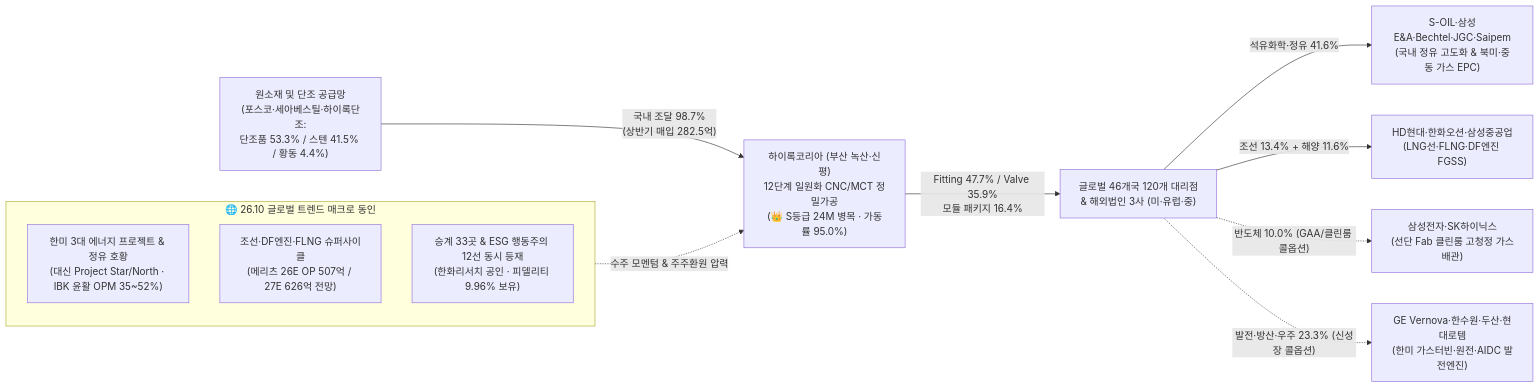
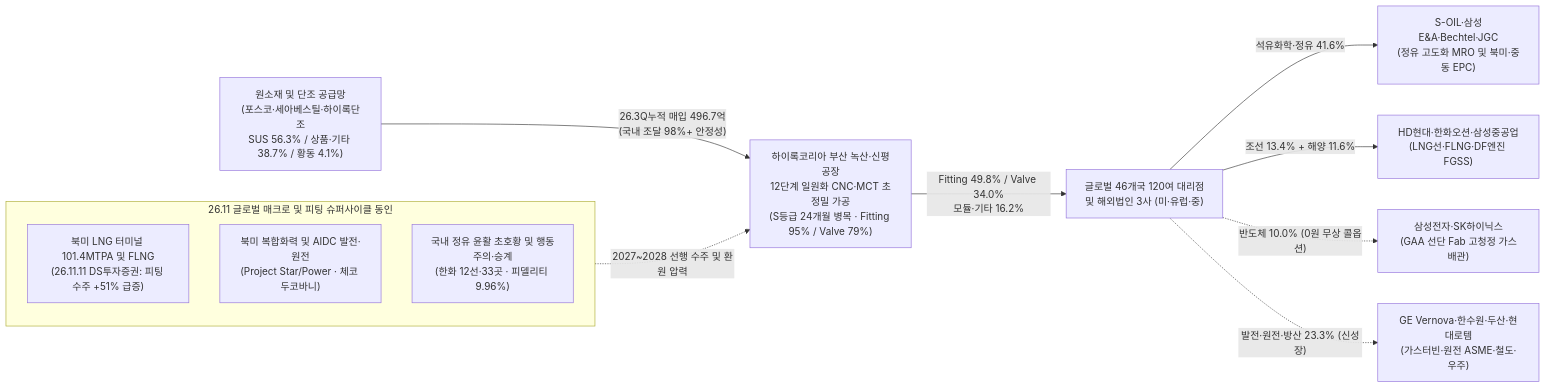
The first of 2 diagrams in Stock_Research/하이록코리아/3_Final_Reports/Phase1_Report.md (eve830521-cmd/my-skill-ver.5), drawn with Mermaid before and after one commit. The commit also changed other lines of this file and 308 other files, not shown here.

````diff
--- a/Stock_Research/하이록코리아/3_Final_Reports/Phase1_Report.md
+++ b/Stock_Research/하이록코리아/3_Final_Reports/Phase1_Report.md
@@ -58,18 +34,18 @@
 ```mermaid
 graph LR
-    subgraph Macro ["🌐 26.10 글로벌 트렌드 매크로 동인"]
-        M1["한미 3대 에너지 프로젝트 & 정유 호황<br/>(대신 Project Star/North · IBK 윤활 OPM 35~52%)"]
-        M2["조선·DF엔진·FLNG 슈퍼사이클<br/>(메리츠 26E OP 507억 / 27E 626억 전망)"]
-        M3["승계 33곳 & ESG 행동주의 12선 동시 등재<br/>(한화리서치 공인 · 피델리티 9.96% 보유)"]
+    subgraph SG1 ["26.11 글로벌 매크로 및 피팅 슈퍼사이클 동인"]
+        M1["북미 LNG 터미널 101.4MTPA 및 FLNG<br/>(26.11.11 DS투자증권: 피팅 수주 +51% 급증)"]
+        M2["북미 복합화력 및 AIDC 발전·원전<br/>(Project Star/Power · 체코 두코바니)"]
+        M3["국내 정유 윤활 초호황 및 행동주의·승계<br/>(한화 12선·33곳 · 피델리티 9.96%)"]
     end
 
-    A["원소재 및 단조 공급망<br/>(포스코·세아베스틸·하이록단조:<br/>단조품 53.3% / 스텐 41.5% / 황동 4.4%)"] -->|"국내 조달 98.7%<br/>(상반기 매입 282.5억)"| B["하이록코리아 (부산 녹산·신평)<br/>12단계 일원화 CNC/MCT 정밀가공<br/>(👑 S등급 24M 병목 · 가동률 95.0%)"]
-    
-    Macro -.->|"수주 모멘텀 & 주주환원 압력"| B
+    A["원소재 및 단조 공급망<br/>(포스코·세아베스틸·하이록단조<br/>SUS 56.3% / 상품·기타 38.7% / 황동 4.1%)"] -->|"26.3Q누적 매입 496.7억<br/>(국내 조달 98%+ 안정성)"| B["하이록코리아 부산 녹산·신평공장<br/>12단계 일원화 CNC·MCT 초정밀 가공<br/>(S등급 24개월 병목 · Fitting 95% / Valve 79%)"]
 
-    B -->|"Fitting 47.7% / Valve 35.9%<br/>모듈 패키지 16.4%"| C["글로벌 46개국 120개 대리점<br/>& 해외법인 3사 (미·유럽·중)"]
-    C -->|"석유화학·정유 41.6%"| D["S-OIL·삼성E&A·Bechtel·JGC·Saipem<br/>(국내 정유 고도화 & 북미·중동 가스 EPC)"]
+    SG1 -.->|"2027~2028 선행 수주 및 환원 압력"| B
+
+    B -->|"Fitting 49.8% / Valve 34.0%<br/>모듈·기타 16.2%"| C["글로벌 46개국 120여 대리점<br/>및 해외법인 3사 (미·유럽·중)"]
+    C -->|"석유화학·정유 41.6%"| D["S-OIL·삼성E&A·Bechtel·JGC<br/>(정유 고도화 MRO 및 북미·중동 EPC)"]
     C -->|"조선 13.4% + 해양 11.6%"| E["HD현대·한화오션·삼성중공업<br/>(LNG선·FLNG·DF엔진 FGSS)"]
-    C -.->|"반도체 10.0% (GAA/클린룸 콜옵션)"| F["삼성전자·SK하이닉스<br/>(선단 Fab 클린룸 고청정 가스배관)"]
-    C -.->|"발전·방산·우주 23.3% (신성장 콜옵션)"| G["GE Vernova·한수원·두산·현대로템<br/>(한미 가스터빈·원전·AIDC 발전엔진)"]
+    C -.->|"반도체 10.0% (0원 무상 콜옵션)"| F["삼성전자·SK하이닉스<br/>(GAA 선단 Fab 고청정 가스배관)"]
+    C -.->|"발전·원전·방산 23.3% (신성장)"| G["GE Vernova·한수원·두산·현대로템<br/>(가스터빈·원전 ASME·철도·우주)"]
 ```
````
